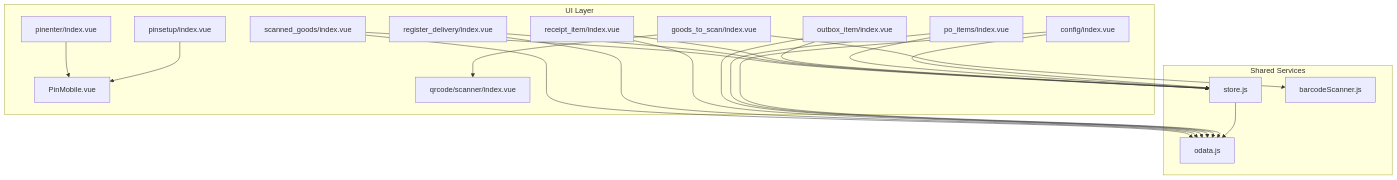
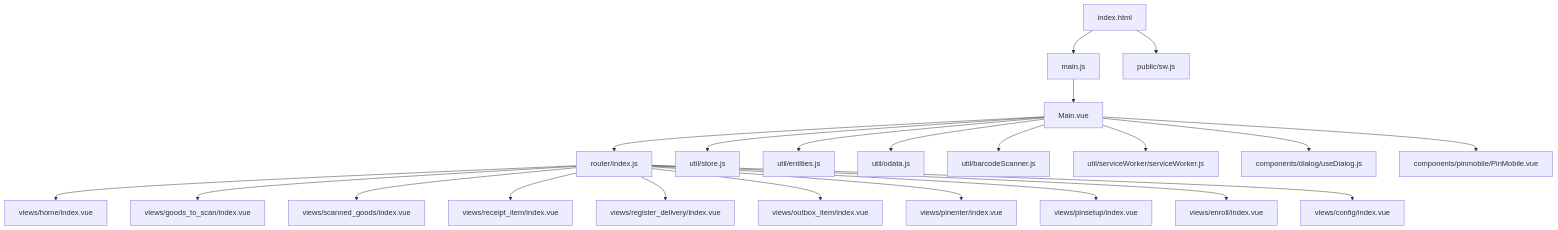
The first of 9 diagrams in .qoder/repowiki/en/content/Core Features/Core Features.md (weiserman/ahm-gr-scanner-light-mode), drawn with Mermaid before and after one commit. The commit also changed other lines of this file and 183 other files, not shown here.

````diff
--- a/.qoder/repowiki/en/content/Core Features/Core Features.md
+++ b/.qoder/repowiki/en/content/Core Features/Core Features.md
@@ -110,38 +51,24 @@
 ```mermaid
 graph TB
-subgraph "UI Layer"
-V1["pinenter/index.vue"]
-V2["pinsetup/index.vue"]
-V3["goods_to_scan/index.vue"]
-V4["scanned_goods/index.vue"]
-V5["register_delivery/index.vue"]
-V6["receipt_item/index.vue"]
-V7["outbox_item/index.vue"]
-V8["po_items/index.vue"]
-V9["config/index.vue"]
-C1["PinMobile.vue"]
-C2["qrcode/scanner/index.vue"]
-end
-subgraph "Shared Services"
-S1["store.js"]
-S2["odata.js"]
-S3["barcodeScanner.js"]
-end
-V1 --> C1
-V2 --> C1
-V3 --> C2
-V4 --> S1
-V5 --> S1
-V6 --> S1
-V7 --> S1
-V8 --> S1
-V9 --> S1
-V3 --> S3
-V4 --> S2
-V5 --> S2
-V6 --> S2
-V7 --> S2
-V8 --> S2
-V9 --> S2
-S1 --> S2
+A["index.html"] --> B["main.js"]
+B --> C["Main.vue"]
+C --> D["router/index.js"]
+D --> E["views/home/index.vue"]
+D --> F["views/goods_to_scan/index.vue"]
+D --> G["views/scanned_goods/index.vue"]
+D --> H["views/receipt_item/index.vue"]
+D --> I["views/register_delivery/index.vue"]
+D --> J["views/outbox_item/index.vue"]
+D --> K["views/pinenter/index.vue"]
+D --> L["views/pinsetup/index.vue"]
+D --> M["views/enroll/index.vue"]
+D --> N["views/config/index.vue"]
+C --> O["util/store.js"]
+C --> P["util/entities.js"]
+C --> Q["util/odata.js"]
+C --> R["util/barcodeScanner.js"]
+C --> S["util/serviceWorker/serviceWorker.js"]
+C --> T["components/dialog/useDialog.js"]
+C --> U["components/pinmobile/PinMobile.vue"]
+A --> V["public/sw.js"]
 ```
````
